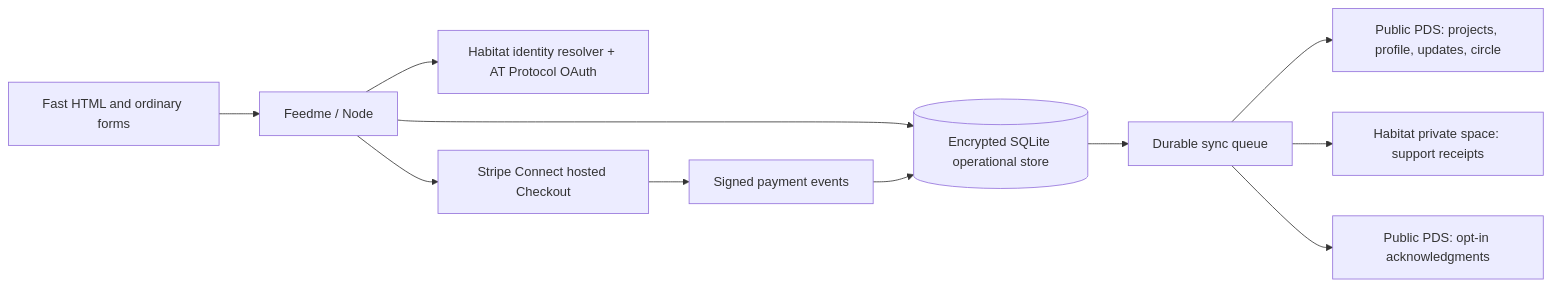
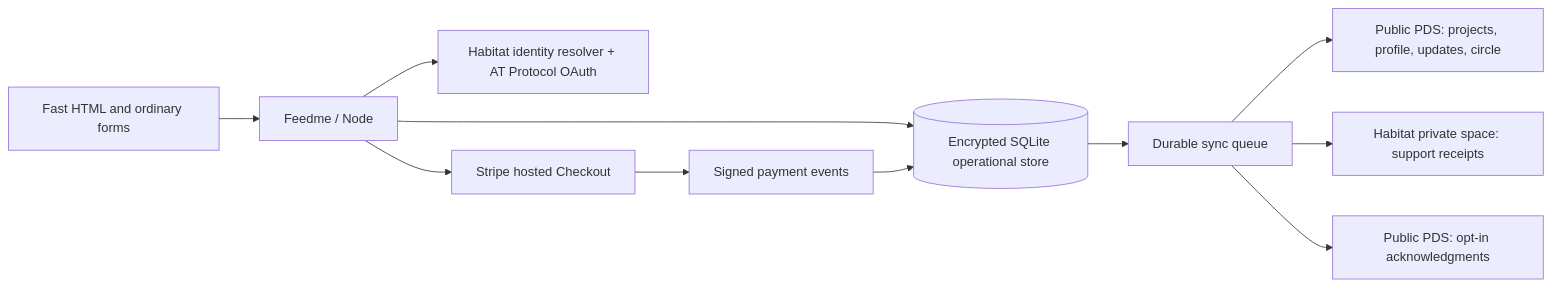
The diagram in README.md (crs48/feedme), drawn with Mermaid before and after one commit. The commit also changed other lines of this file and 31 other files, not shown here.

````diff
--- a/README.md
+++ b/README.md
@@ -101,13 +101,13 @@
 ```mermaid
 flowchart LR
   Browser[Fast HTML and ordinary forms] --> App[Feedme / Node]
   App --> OAuth[Habitat identity resolver + AT Protocol OAuth]
   App --> DB[(Encrypted SQLite operational store)]
   DB --> Queue[Durable sync queue]
   Queue --> Public[Public PDS: projects, profile, updates, circle]
   Queue --> Private[Habitat private space: support receipts]
   Queue --> Ack[Public PDS: opt-in acknowledgments]
-  App --> Stripe[Stripe Connect hosted Checkout]
+  App --> Stripe[Stripe hosted Checkout]
   Stripe --> Events[Signed payment events]
   Events --> DB
 ```
````
